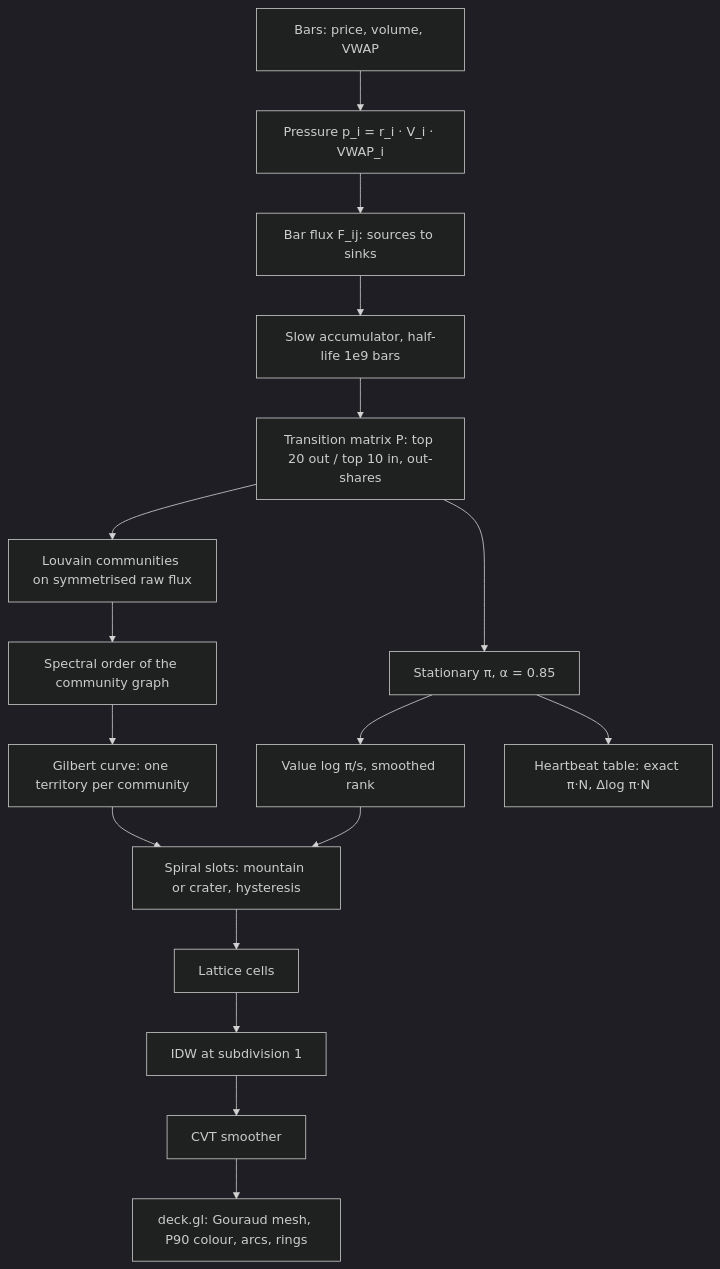
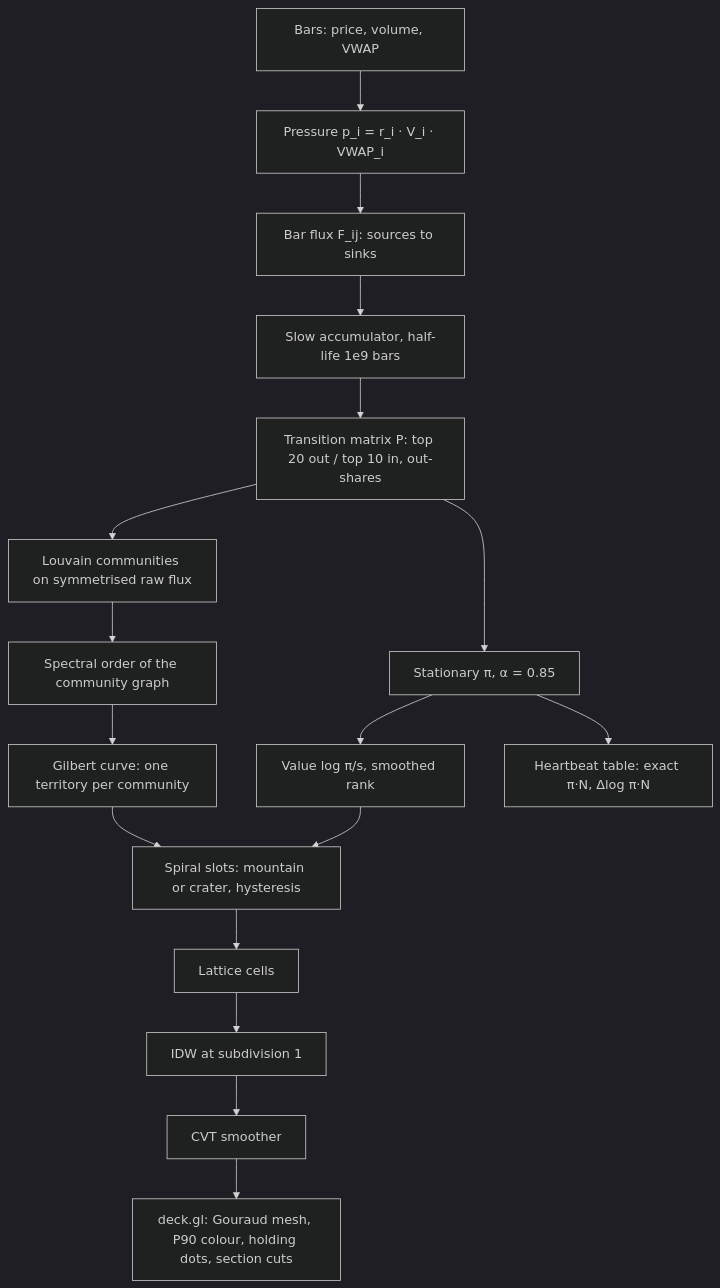
Before and after one commit to karametebkaan/marketrank: the diagram in README.md, drawn with Mermaid (dark theme). The commit also changed other lines of this file and 1 other file, not shown here.

````diff
--- a/README.md
+++ b/README.md
@@ -436,19 +448,19 @@
 ```mermaid
 flowchart TD
   A["Bars: price, volume, VWAP"] --> B["Pressure p_i = r_i · V_i · VWAP_i"]
   B --> C["Bar flux F_ij: sources to sinks"]
   C --> D["Slow accumulator, half-life 1e9 bars"]
   D --> E["Transition matrix P: top 20 out / top 10 in, out-shares"]
   E --> F["Stationary π, α = 0.85"]
   E --> G["Louvain communities on symmetrised raw flux"]
   G --> H["Spectral order of the community graph"]
   H --> I["Gilbert curve: one territory per community"]
   F --> J["Value log π/s, smoothed rank"]
   I --> K["Spiral slots: mountain or crater, hysteresis"]
   J --> K
   K --> L["Lattice cells"]
   L --> M["IDW at subdivision 1"]
   M --> N["CVT smoother"]
-  N --> O["deck.gl: Gouraud mesh, P90 colour, arcs, rings"]
+  N --> O["deck.gl: Gouraud mesh, P90 colour, holding dots, section cuts"]
   F --> P["Heartbeat table: exact π·N, Δlog π·N"]
 ```
````
